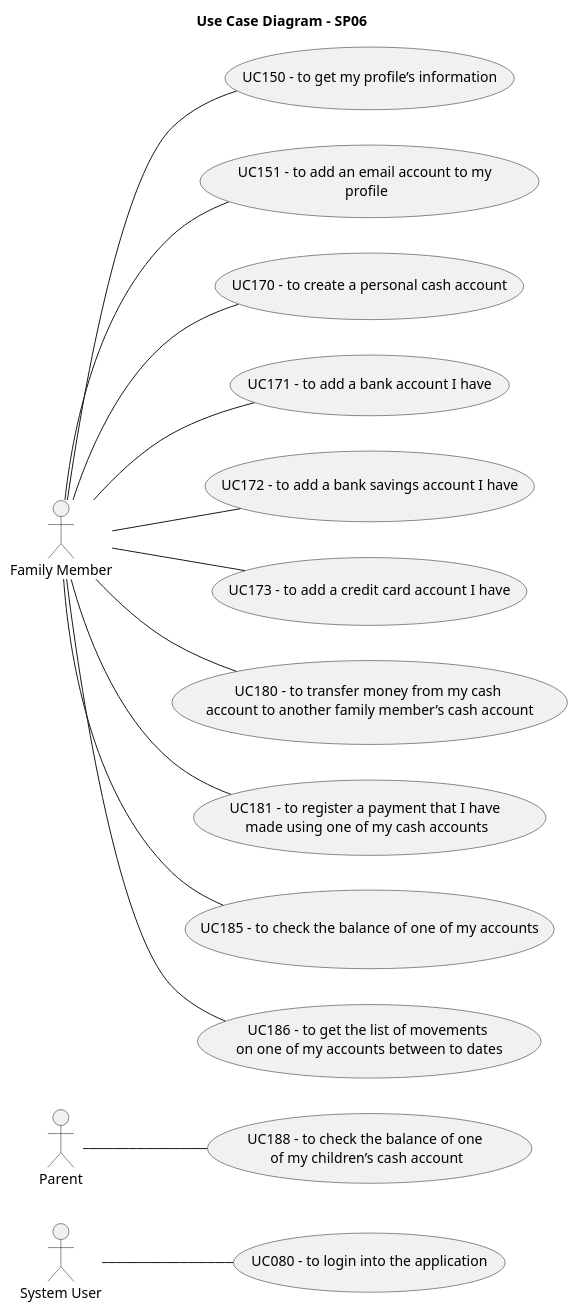
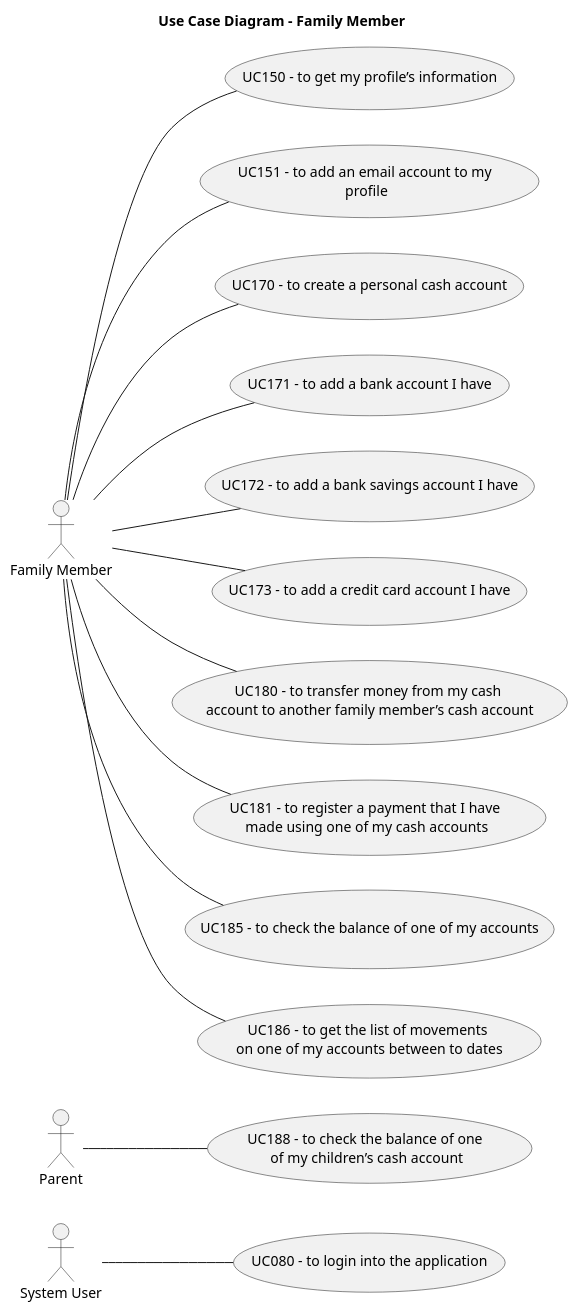
The diagram in docs/sprint6/diagrams/UseCaseDiagramFM.puml (tomas-osswald/switch_2020_g3), drawn with PlantUML before and after one commit. The commit also changed 1 other file, not shown here.

Commit message:
fix diagram titles

```diff
--- a/docs/sprint6/diagrams/UseCaseDiagramFM.puml
+++ b/docs/sprint6/diagrams/UseCaseDiagramFM.puml
@@ -1,38 +1,38 @@
 @startuml
 
 left to right direction
 
-title Use Case Diagram - SP06
+title Use Case Diagram - Family Member
 
 actor "System User" as su
 actor "Parent" as parent
 actor "Family Member" as fm
 
 usecase "UC080 - to login into the application" as uc080
 usecase "UC150 - to get my profile’s information" as uc150
 usecase "UC151 - to add an email account to my \nprofile" as uc151
 usecase "UC170 - to create a personal cash account" as uc170
 usecase "UC171 - to add a bank account I have" as uc171
 usecase "UC172 - to add a bank savings account I have" as uc172
 usecase "UC173 - to add a credit card account I have" as uc173
 usecase "UC180 - to transfer money from my cash \naccount to another family member’s cash account" as uc180
 usecase "UC181 - to register a payment that I have \nmade using one of my cash accounts" as uc181
 usecase "UC185 - to check the balance of one of my accounts" as uc185
 usecase "UC186 - to get the list of movements \non one of my accounts between to dates" as uc186
 usecase "UC188 - to check the balance of one \nof my children’s cash account" as uc188
 
 su -- uc080
 fm -- uc150
 fm -- uc151
 fm -- uc170
 fm -- uc171
 fm -- uc172
 fm -- uc173
 fm -- uc180
 fm -- uc181
 fm -- uc185
 fm -- uc186
 parent -- uc188
 
 
 @enduml
```
